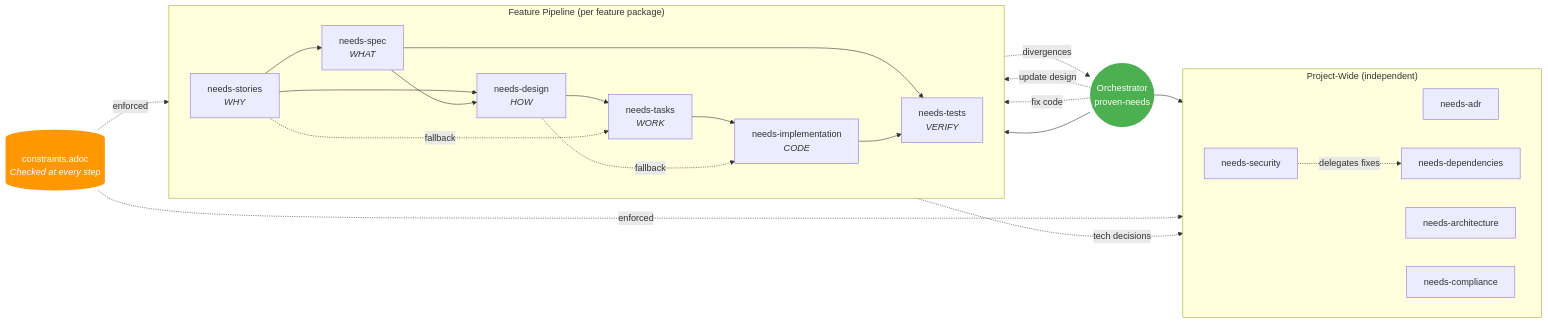
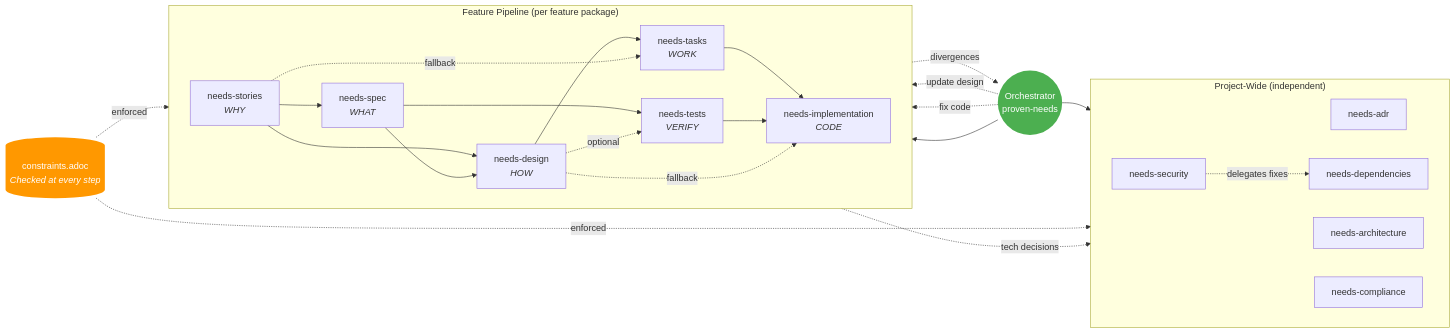
The second of 6 diagrams in README.md (provenimpact/proven-needs), drawn with Mermaid before and after one commit. The commit also changed other lines of this file and 5 other files, not shown here.

First line of the commit message:
feat!: move needs-tests before implementation as acceptance gate

````diff
--- a/README.md
+++ b/README.md
@@ -54,46 +54,47 @@
 ```mermaid
 flowchart LR
     subgraph feature ["Feature Pipeline (per feature package)"]
         direction LR
         STORIES["needs-stories<br/><i>WHY</i>"]
         SPEC["needs-spec<br/><i>WHAT</i>"]
         DESIGN["needs-design<br/><i>HOW</i>"]
         TASKS["needs-tasks<br/><i>WORK</i>"]
+        TESTS["needs-tests<br/><i>VERIFY</i>"]
         IMPL["needs-implementation<br/><i>CODE</i>"]
-        TESTS["needs-tests<br/><i>VERIFY</i>"]
 
         STORIES --> SPEC
         STORIES --> DESIGN
         SPEC --> DESIGN
         DESIGN --> TASKS
         STORIES -.->|fallback| TASKS
+        SPEC --> TESTS
+        DESIGN -.->|optional| TESTS
         TASKS --> IMPL
+        TESTS --> IMPL
         DESIGN -.->|fallback| IMPL
-        SPEC --> TESTS
-        IMPL --> TESTS
     end
 
     subgraph project ["Project-Wide (independent)"]
         direction LR
         ADR["needs-adr"]
         ARCH["needs-architecture"]
         DEPS["needs-dependencies"]
         SEC["needs-security"]
         COMP["needs-compliance"]
     end
 
     INTENT((Orchestrator<br/>proven-needs)) --> feature
     INTENT --> project
 
     DESIGN -.->|tech decisions| ADR
     SEC -.->|delegates fixes| DEPS
     IMPL -.->|divergences| INTENT
     INTENT -.->|update design| DESIGN
     INTENT -.->|fix code| IMPL
 
     CONSTRAINTS[("constraints.adoc<br/><i>Checked at every step</i>")] -.->|enforced| feature
     CONSTRAINTS -.->|enforced| project
 
     style INTENT fill:#4CAF50,color:#fff,stroke:none
     style CONSTRAINTS fill:#FF9800,color:#fff,stroke:none
 ```
````
